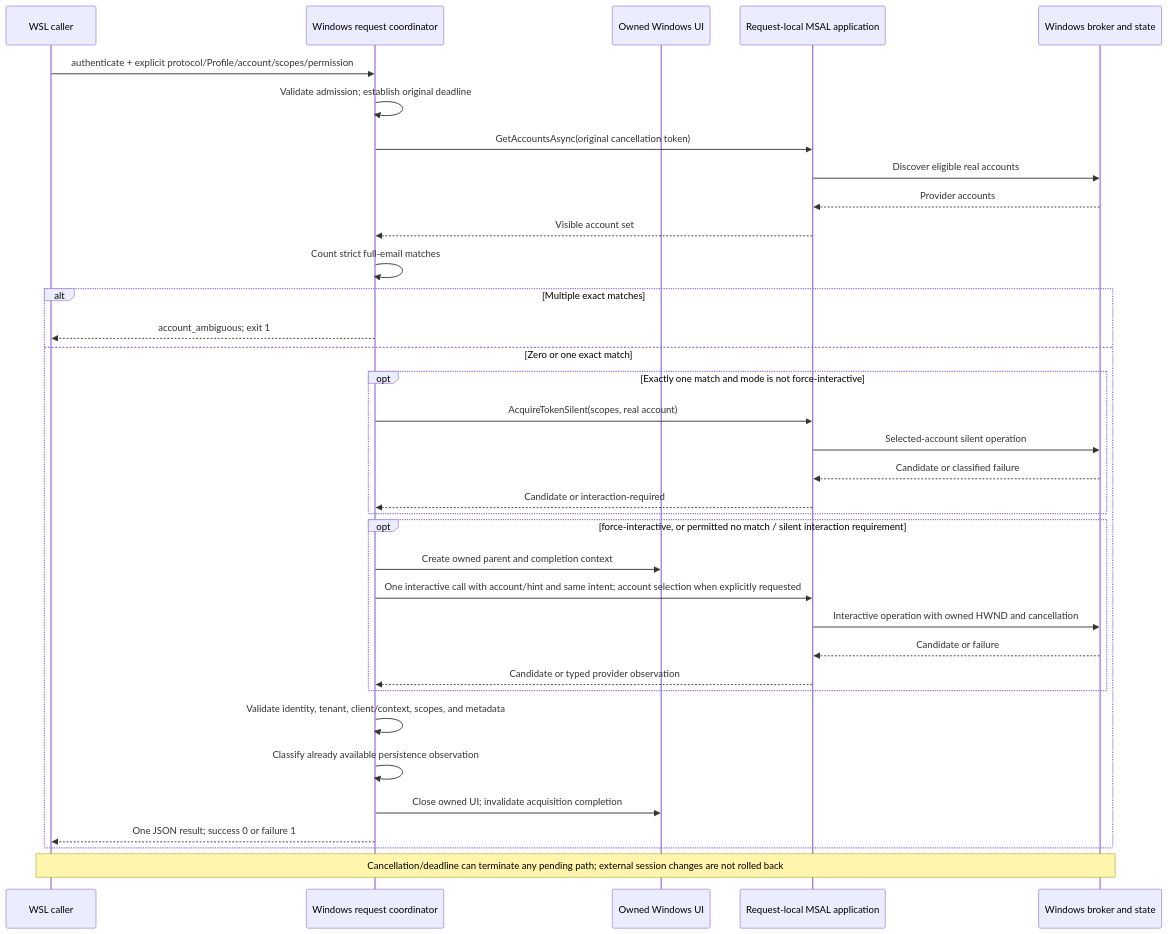
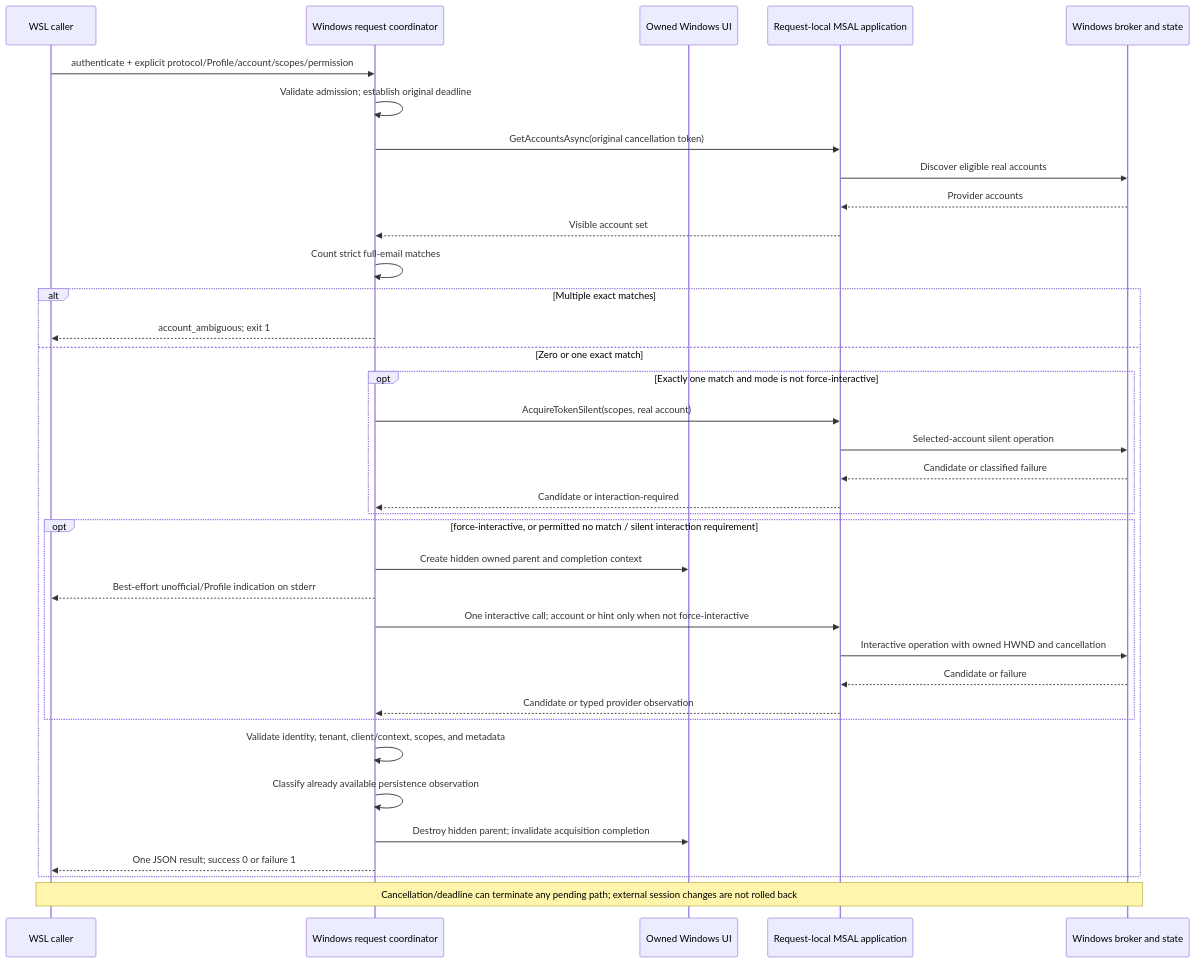
The second of 4 diagrams in docs/designs/windows-ado-authentication.md (hcoona/microsoft-authentication-cli), drawn with Mermaid before and after one commit. The commit also changed other lines of this file and 10 other files, not shown here.

````diff
--- a/docs/designs/windows-ado-authentication.md
+++ b/docs/designs/windows-ado-authentication.md
@@ -705,37 +690,38 @@
 ```mermaid
 sequenceDiagram
     participant Caller as WSL caller
     participant CLI as Windows request coordinator
     participant UI as Owned Windows UI
     participant MSAL as Request-local MSAL application
     participant WAM as Windows broker and state
     Caller->>CLI: authenticate + explicit protocol/Profile/account/scopes/permission
     CLI->>CLI: Validate admission#59; establish original deadline
     CLI->>MSAL: GetAccountsAsync(original cancellation token)
     MSAL->>WAM: Discover eligible real accounts
     WAM-->>MSAL: Provider accounts
     MSAL-->>CLI: Visible account set
     CLI->>CLI: Count strict full-email matches
     alt Multiple exact matches
         CLI-->>Caller: account_ambiguous#59; exit 1
     else Zero or one exact match
         opt Exactly one match and mode is not force-interactive
             CLI->>MSAL: AcquireTokenSilent(scopes, real account)
             MSAL->>WAM: Selected-account silent operation
             WAM-->>MSAL: Candidate or classified failure
             MSAL-->>CLI: Candidate or interaction-required
         end
         opt force-interactive, or permitted no match / silent interaction requirement
-            CLI->>UI: Create owned parent and completion context
-            CLI->>MSAL: One interactive call with account/hint and same intent#59; account selection when explicitly requested
+            CLI->>UI: Create hidden owned parent and completion context
+            CLI-->>Caller: Best-effort unofficial/Profile indication on stderr
+            CLI->>MSAL: One interactive call#59; account or hint only when not force-interactive
             MSAL->>WAM: Interactive operation with owned HWND and cancellation
             WAM-->>MSAL: Candidate or failure
             MSAL-->>CLI: Candidate or typed provider observation
         end
         CLI->>CLI: Validate identity, tenant, client/context, scopes, and metadata
         CLI->>CLI: Classify already available persistence observation
-        CLI->>UI: Close owned UI#59; invalidate acquisition completion
+        CLI->>UI: Destroy hidden parent#59; invalidate acquisition completion
         CLI-->>Caller: One JSON result#59; success 0 or failure 1
     end
     Note over Caller,WAM: Cancellation/deadline can terminate any pending path#59; external session changes are not rolled back
 ```
````
